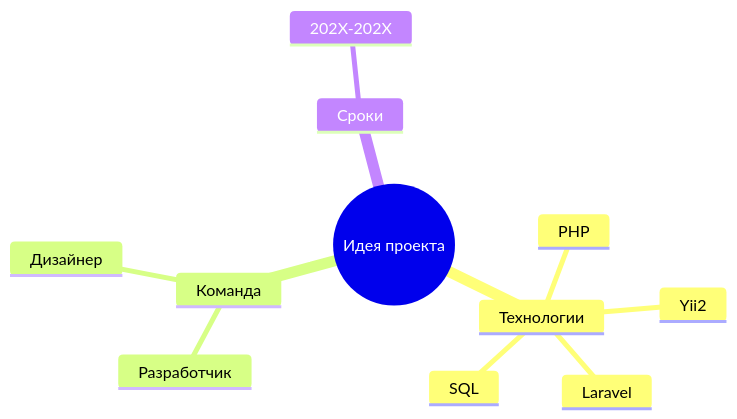
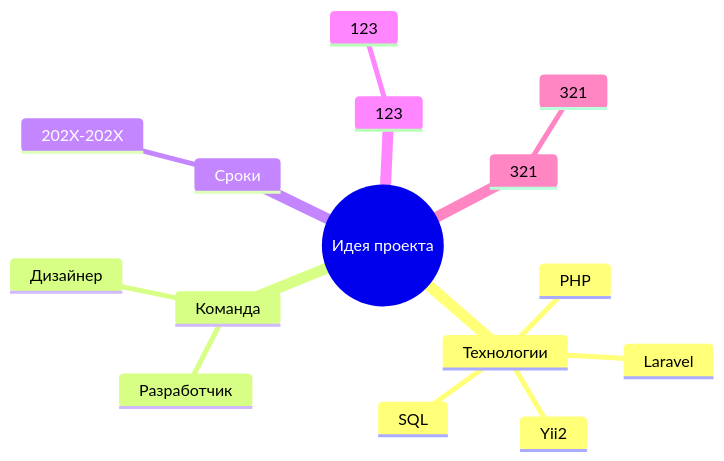
One commit to b221b/b221b changed the first of 4 diagrams in README.md. Above: the diagram before and after it, drawn with Mermaid.

````diff
--- a/README.md
+++ b/README.md
@@ -99,14 +99,18 @@
 ```mermaid
 mindmap
   root((Идея проекта))
     Технологии
       PHP
       Yii2
       Laravel
       SQL
     Команда
       Разработчик
       Дизайнер
     Сроки
       202X-202X
+    123
+      123
+    321
+      321
 ```
````
